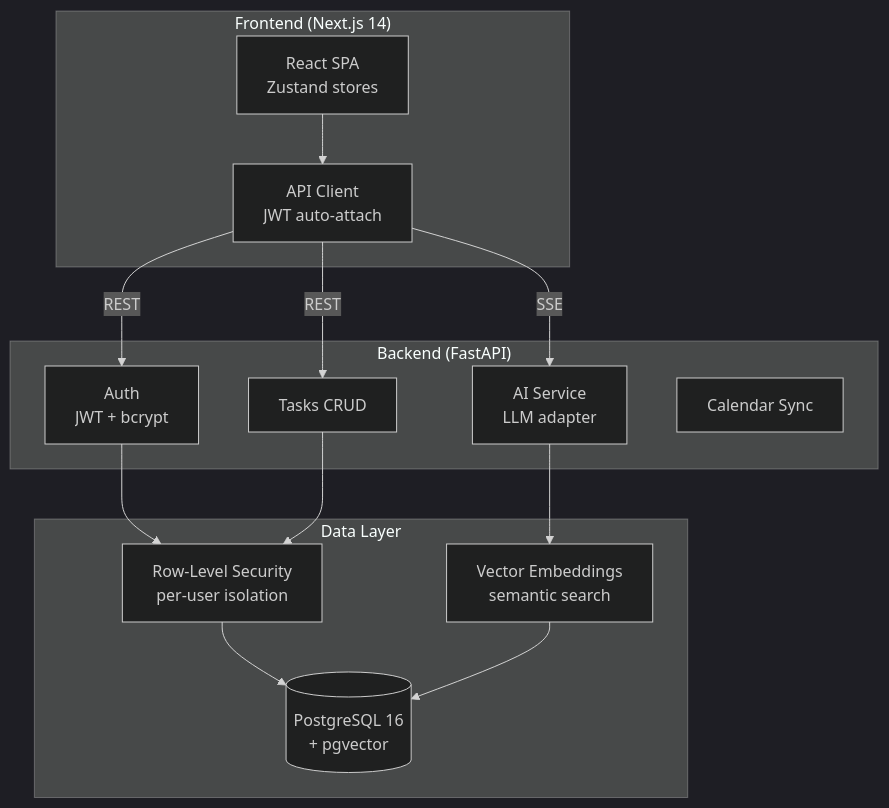
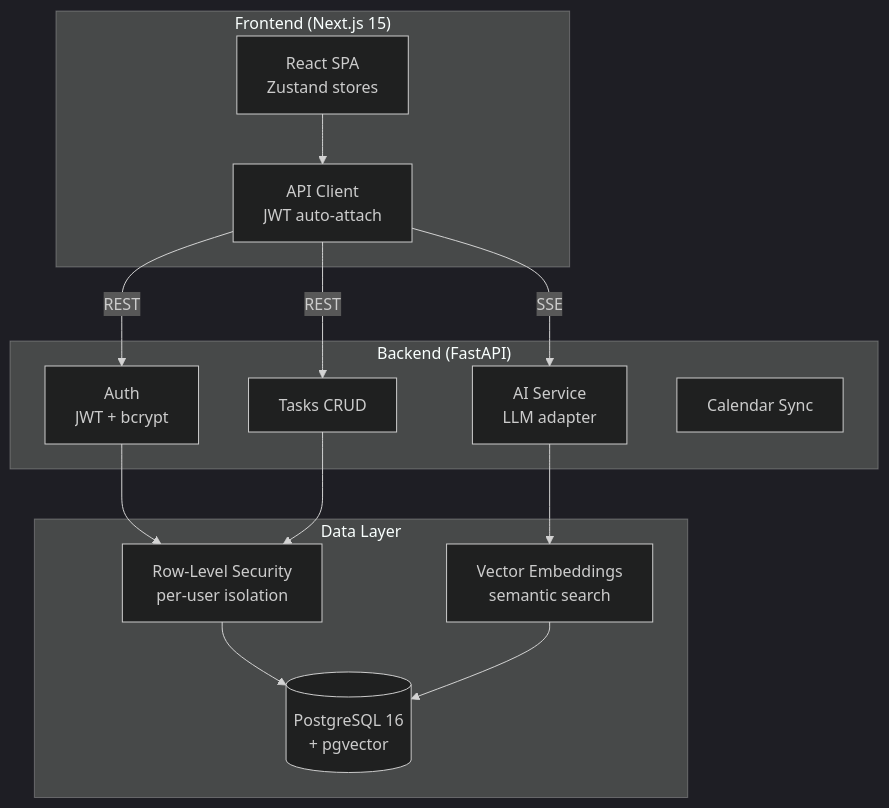
Before and after one commit to MaxV16/PrysmNoteCommunity: the first of 2 diagrams in README.md, drawn with Mermaid (dark theme). The commit also changed other lines of this file and 233 other files, not shown here.

````diff
--- a/README.md
+++ b/README.md
@@ -305,30 +310,30 @@
 ```mermaid
 graph TB
-    subgraph "Frontend (Next.js 14)"
+    subgraph "Frontend (Next.js 15)"
         UI[React SPA<br/>Zustand stores]
         API_CLIENT[API Client<br/>JWT auto-attach]
     end
     
     subgraph "Backend (FastAPI)"
         AUTH[Auth<br/>JWT + bcrypt]
         TASKS[Tasks CRUD]
         AI[AI Service<br/>LLM adapter]
         CAL[Calendar Sync]
     end
     
     subgraph "Data Layer"
         PG[(PostgreSQL 16<br/>+ pgvector)]
         VECTOR[Vector Embeddings<br/>semantic search]
         RLS[Row-Level Security<br/>per-user isolation]
     end
     
     UI --> API_CLIENT
     API_CLIENT -->|REST| AUTH
     API_CLIENT -->|REST| TASKS
     API_CLIENT -->|SSE| AI
     AUTH --> RLS
     TASKS --> RLS
     AI --> VECTOR
     RLS --> PG
     VECTOR --> PG
 ```
````
